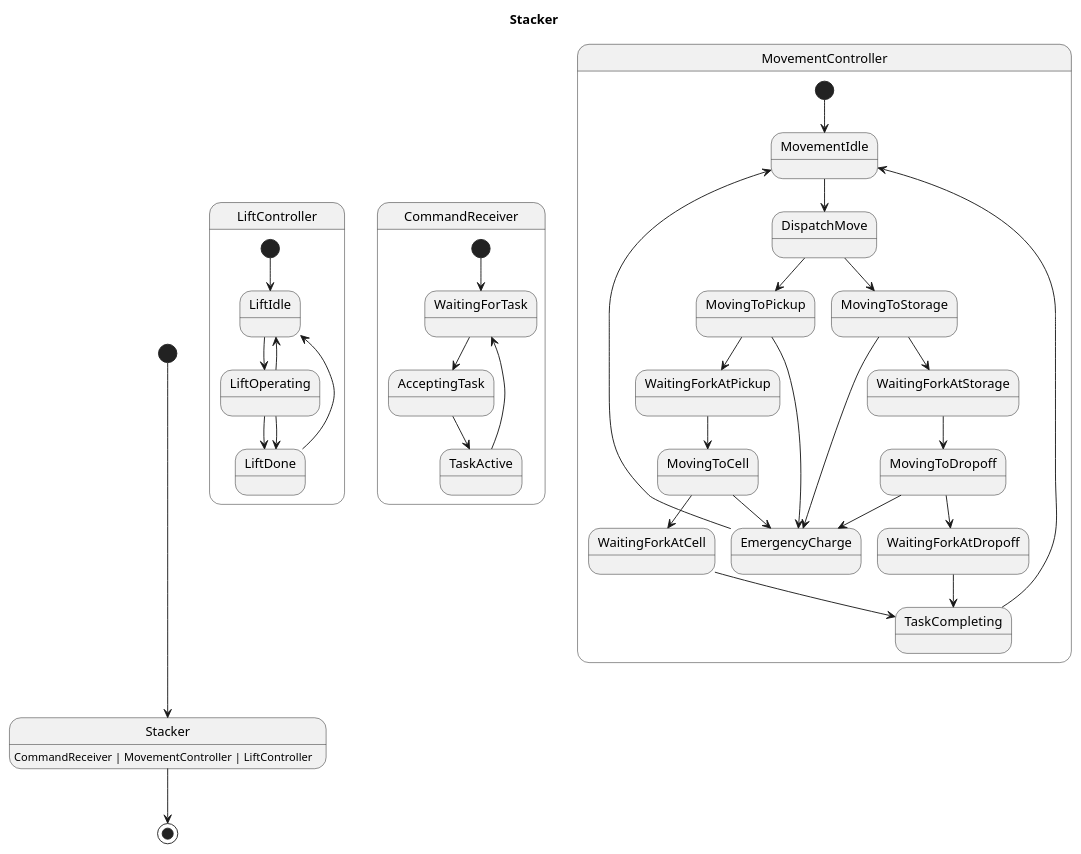
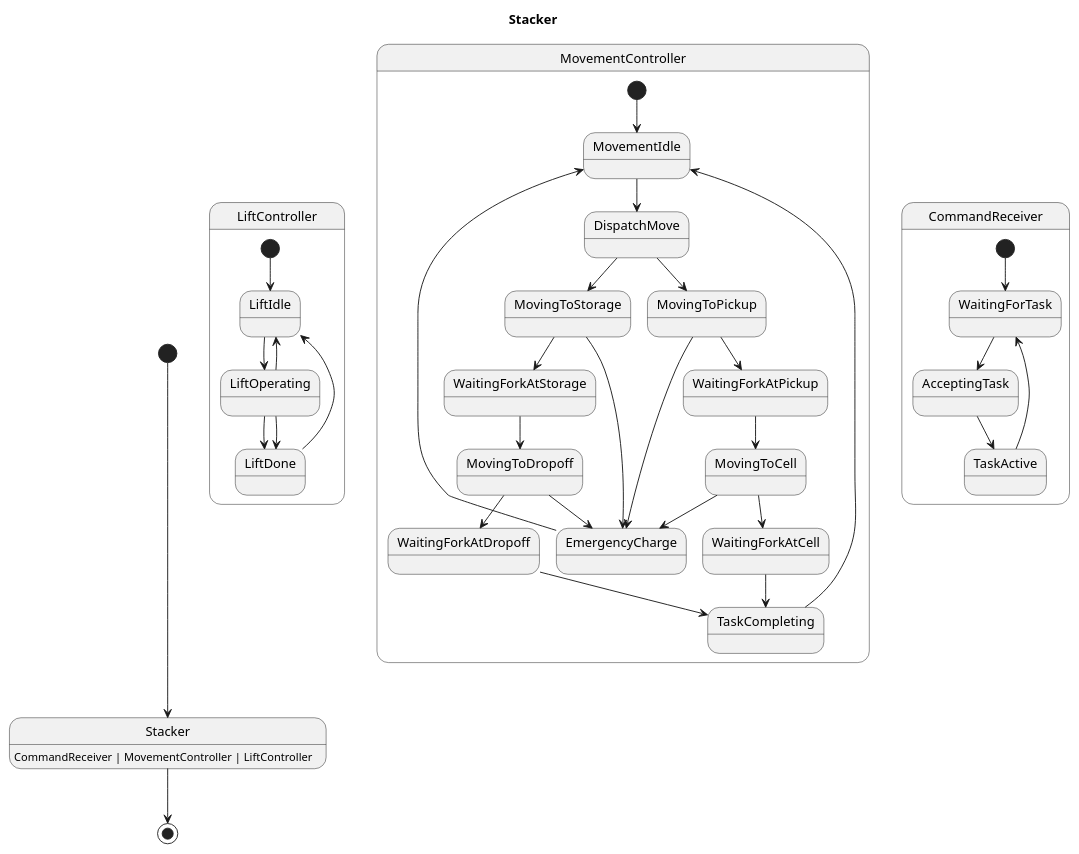
One commit to Pastor/Takt changed the diagram in examples/generated/plantuml/stacker.puml. Above: the diagram before and after it, drawn with PlantUML. The commit also changed other lines of this file and 18 other files, not shown here.

```diff
--- a/examples/generated/plantuml/stacker.puml
+++ b/examples/generated/plantuml/stacker.puml
@@ -1,45 +1,45 @@
 @startuml
 title Stacker
 
 [*] --> Stacker
 Stacker : CommandReceiver | MovementController | LiftController
 Stacker --> [*]
 
 state LiftController {
     [*] --> LiftIdle
-    LiftDone --> LiftIdle
     LiftIdle --> LiftOperating
     LiftOperating --> LiftDone
     LiftOperating --> LiftDone
     LiftOperating --> LiftIdle
+    LiftDone --> LiftIdle
+}
+
+state MovementController {
+    [*] --> MovementIdle
+    MovementIdle --> DispatchMove
+    WaitingForkAtCell --> TaskCompleting
+    WaitingForkAtStorage --> MovingToDropoff
+    MovingToStorage --> WaitingForkAtStorage
+    MovingToStorage --> EmergencyCharge
+    TaskCompleting --> MovementIdle
+    DispatchMove --> MovingToPickup
+    DispatchMove --> MovingToStorage
+    MovingToDropoff --> WaitingForkAtDropoff
+    MovingToDropoff --> EmergencyCharge
+    EmergencyCharge --> MovementIdle
+    MovingToPickup --> WaitingForkAtPickup
+    MovingToPickup --> EmergencyCharge
+    WaitingForkAtDropoff --> TaskCompleting
+    MovingToCell --> WaitingForkAtCell
+    MovingToCell --> EmergencyCharge
+    WaitingForkAtPickup --> MovingToCell
 }
 
 state CommandReceiver {
     [*] --> WaitingForTask
+    AcceptingTask --> TaskActive
+    TaskActive --> WaitingForTask
     WaitingForTask --> AcceptingTask
-    TaskActive --> WaitingForTask
-    AcceptingTask --> TaskActive
-}
-
-state MovementController {
-    [*] --> MovementIdle
-    MovingToPickup --> WaitingForkAtPickup
-    MovingToPickup --> EmergencyCharge
-    WaitingForkAtCell --> TaskCompleting
-    WaitingForkAtStorage --> MovingToDropoff
-    MovingToDropoff --> WaitingForkAtDropoff
-    MovingToDropoff --> EmergencyCharge
-    MovingToCell --> WaitingForkAtCell
-    MovingToCell --> EmergencyCharge
-    DispatchMove --> MovingToPickup
-    DispatchMove --> MovingToStorage
-    WaitingForkAtDropoff --> TaskCompleting
-    TaskCompleting --> MovementIdle
-    WaitingForkAtPickup --> MovingToCell
-    MovingToStorage --> WaitingForkAtStorage
-    MovingToStorage --> EmergencyCharge
-    MovementIdle --> DispatchMove
-    EmergencyCharge --> MovementIdle
 }
 
 @enduml
```
